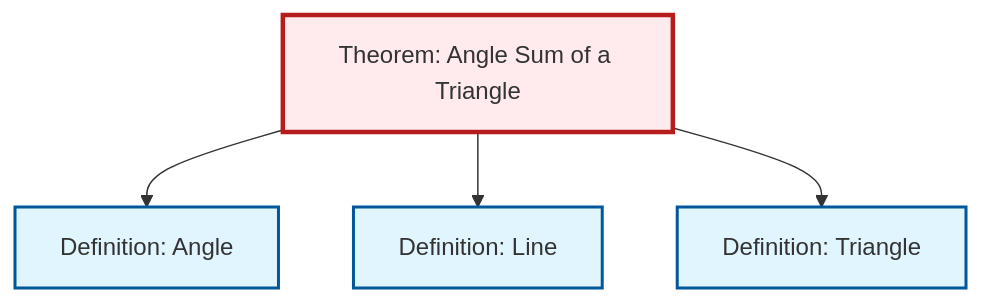
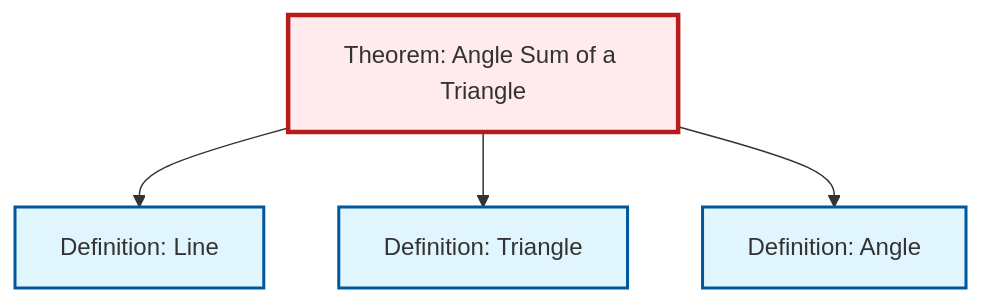
Before and after one commit to RK0429/ModernMath: the diagram in content/ja/geometry/thm-angle-sum-triangle.qmd, drawn with Mermaid. The commit also changed other lines of this file and 497 other files, not shown here.

````diff
--- a/content/ja/geometry/thm-angle-sum-triangle.qmd
+++ b/content/ja/geometry/thm-angle-sum-triangle.qmd
@@ -58,20 +58,20 @@
 ```{mermaid}
 %%| fig-cap: "Local dependency graph"
 graph TD
     classDef definition fill:#e1f5fe,stroke:#01579b,stroke-width:2px
     classDef theorem fill:#f3e5f5,stroke:#4a148c,stroke-width:2px
     classDef axiom fill:#fff3e0,stroke:#e65100,stroke-width:2px
     classDef example fill:#e8f5e9,stroke:#1b5e20,stroke-width:2px
     classDef current fill:#ffebee,stroke:#b71c1c,stroke-width:3px
+    def-angle["Definition: Angle"]:::definition
     thm-angle-sum-triangle["Theorem: Angle Sum of a Triangle"]:::theorem
     def-line["Definition: Line"]:::definition
-    def-angle["Definition: Angle"]:::definition
     def-triangle["Definition: Triangle"]:::definition
-    thm-angle-sum-triangle --> def-angle
     thm-angle-sum-triangle --> def-line
     thm-angle-sum-triangle --> def-triangle
+    thm-angle-sum-triangle --> def-angle
     class thm-angle-sum-triangle current
+    click def-angle "def-angle.html" "Definition: Angleへ"
     click def-line "def-line.html" "Definition: Lineへ"
-    click def-angle "def-angle.html" "Definition: Angleへ"
     click def-triangle "def-triangle.html" "Definition: Triangleへ"
 ```
````
